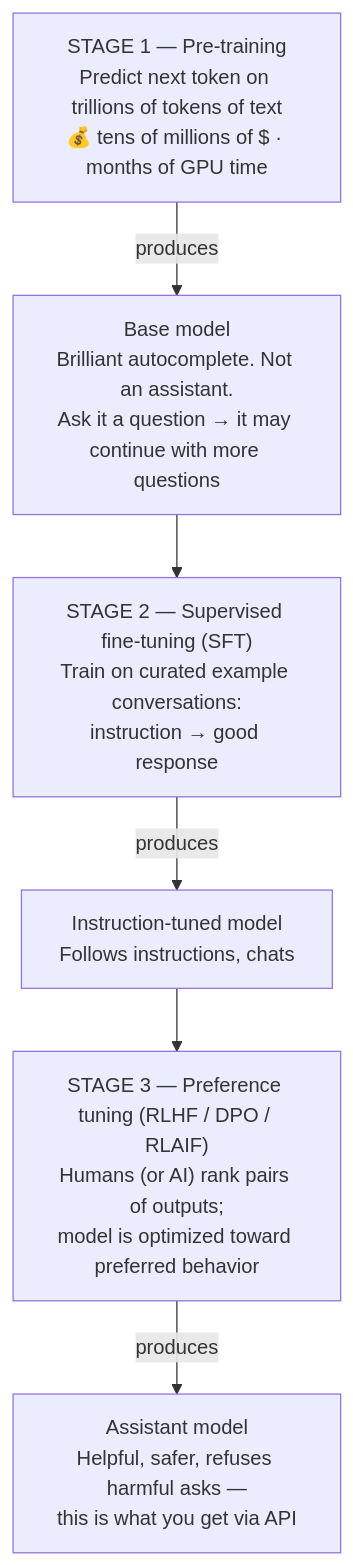
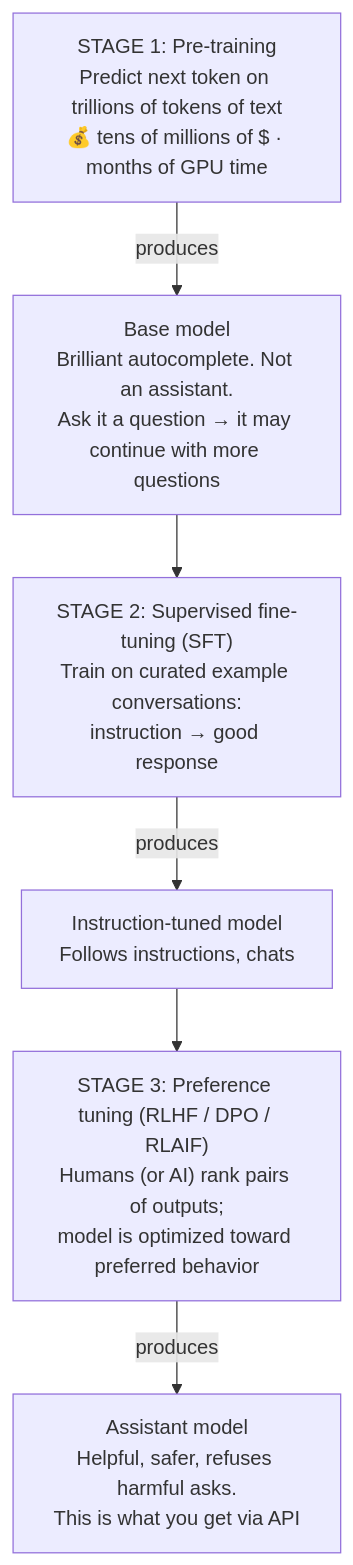
One commit to sugirdadinakar/AI-for-Product-Managers changed the second of 3 diagrams in 01-foundations/llm-fundamentals.md. Above: the diagram before and after it, drawn with Mermaid. The commit also changed other lines of this file and 59 other files, not shown here.

````diff
--- a/01-foundations/llm-fundamentals.md
+++ b/01-foundations/llm-fundamentals.md
@@ -37,8 +37,8 @@
 ```mermaid
 flowchart TD
-    A["STAGE 1 — Pre-training<br/>Predict next token on trillions of tokens of text<br/>💰 tens of millions of $ · months of GPU time"] -->|produces| B["Base model<br/>Brilliant autocomplete. Not an assistant.<br/>Ask it a question → it may continue with more questions"]
-    B --> C["STAGE 2 — Supervised fine-tuning (SFT)<br/>Train on curated example conversations:<br/>instruction → good response"]
+    A["STAGE 1: Pre-training<br/>Predict next token on trillions of tokens of text<br/>💰 tens of millions of $ · months of GPU time"] -->|produces| B["Base model<br/>Brilliant autocomplete. Not an assistant.<br/>Ask it a question → it may continue with more questions"]
+    B --> C["STAGE 2: Supervised fine-tuning (SFT)<br/>Train on curated example conversations:<br/>instruction → good response"]
     C -->|produces| D["Instruction-tuned model<br/>Follows instructions, chats"]
-    D --> E["STAGE 3 — Preference tuning (RLHF / DPO / RLAIF)<br/>Humans (or AI) rank pairs of outputs;<br/>model is optimized toward preferred behavior"]
-    E -->|produces| F["Assistant model<br/>Helpful, safer, refuses harmful asks —<br/>this is what you get via API"]
+    D --> E["STAGE 3: Preference tuning (RLHF / DPO / RLAIF)<br/>Humans (or AI) rank pairs of outputs;<br/>model is optimized toward preferred behavior"]
+    E -->|produces| F["Assistant model<br/>Helpful, safer, refuses harmful asks.<br/>This is what you get via API"]
 ```
````
